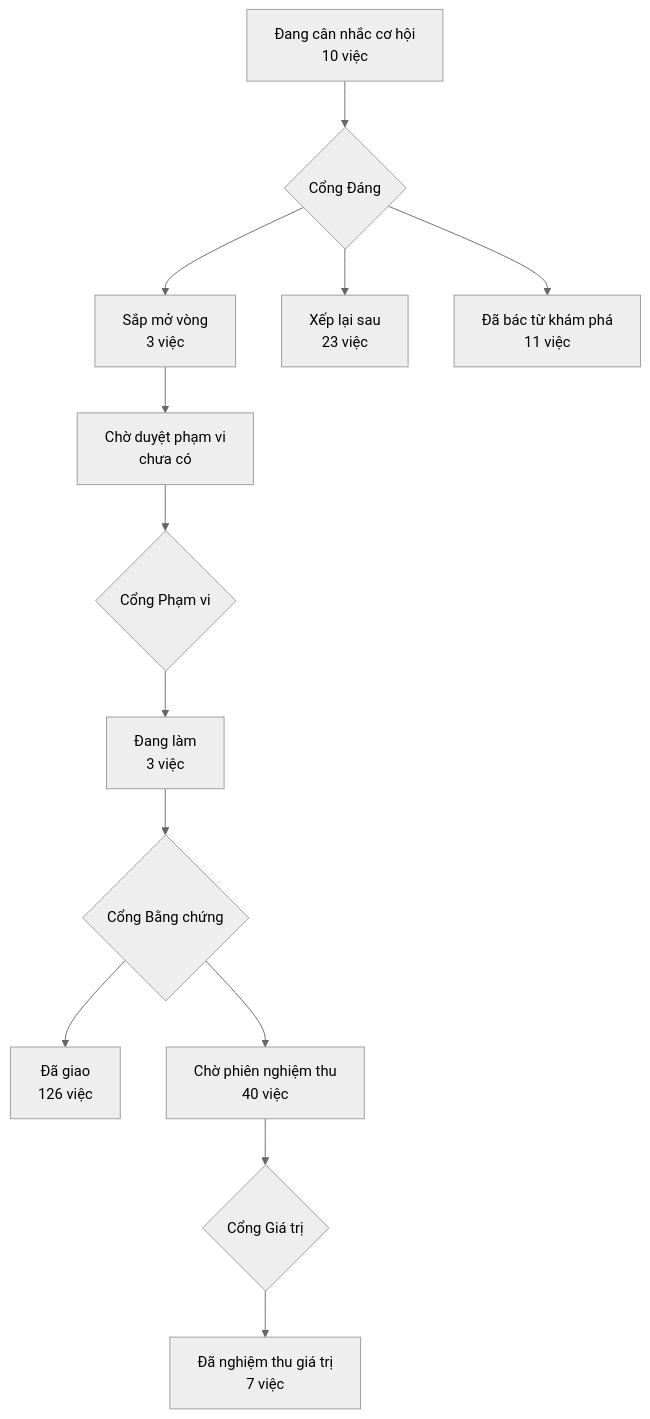
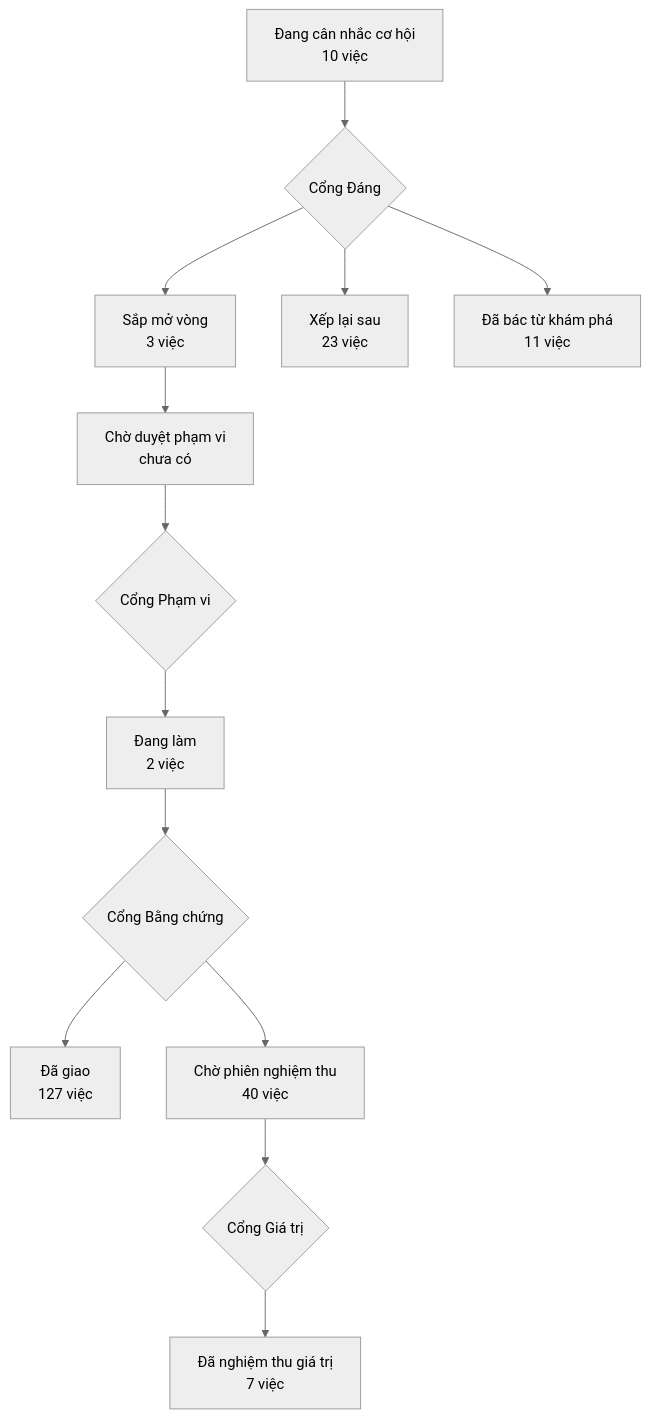
One commit to phanlemanh/acceptance-gate-kit changed the diagram in PRODUCT-MAP.md. Above: the diagram before and after it, drawn with Mermaid (neutral theme). The commit also changed 7 other files, not shown here.

````diff
--- a/PRODUCT-MAP.md
+++ b/PRODUCT-MAP.md
@@ -7,12 +7,12 @@
 ```mermaid
 flowchart TD
   A["Đang cân nhắc cơ hội<br/>10 việc"] --> GD{"Cổng Đáng"}
   GD --> B["Sắp mở vòng<br/>3 việc"]
   GD --> XL["Xếp lại sau<br/>23 việc"]
   GD --> DB["Đã bác từ khám phá<br/>11 việc"]
   B --> CD["Chờ duyệt phạm vi<br/>chưa có"] --> GP{"Cổng Phạm vi"}
-  GP --> DL["Đang làm<br/>3 việc"] --> GB{"Cổng Bằng chứng"}
-  GB --> DG["Đã giao<br/>126 việc"]
+  GP --> DL["Đang làm<br/>2 việc"] --> GB{"Cổng Bằng chứng"}
+  GB --> DG["Đã giao<br/>127 việc"]
   GB --> CN["Chờ phiên nghiệm thu<br/>40 việc"] --> GG{"Cổng Giá trị"}
   GG --> NT["Đã nghiệm thu giá trị<br/>7 việc"]
 ```
````
